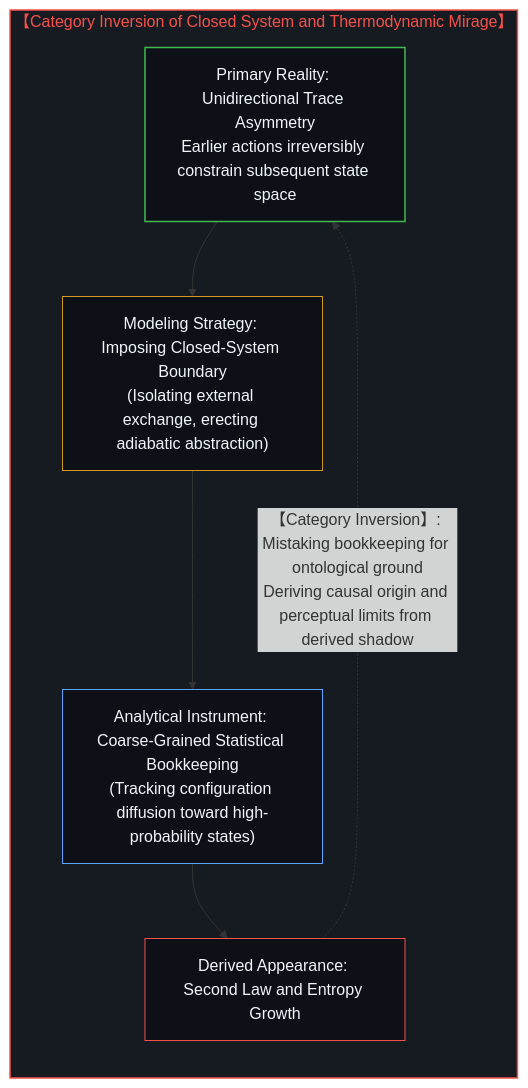
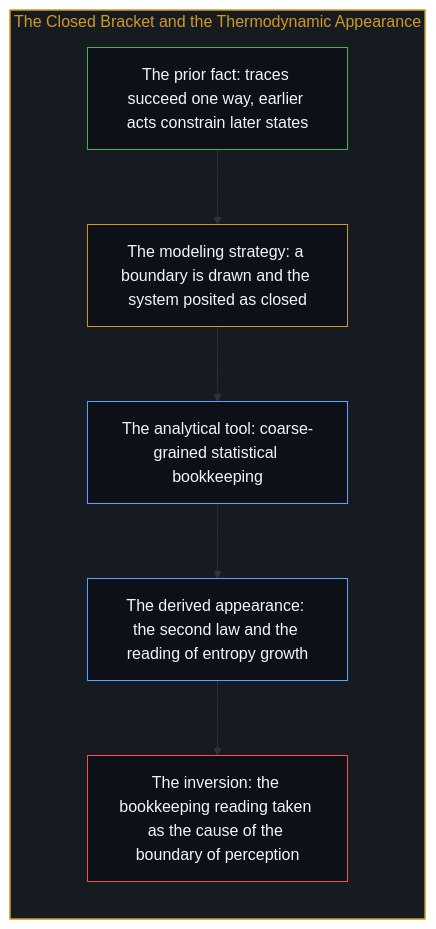
Before and after one commit to powerpig99/not-a-toe: the sixth of 8 diagrams in content/posts/the-boundary-of-perception-and-the-infinity-of-understanding.md, drawn with Mermaid. The commit also changed other lines of this file and 2 other files, not shown here.

Commit message:
Refine the-boundary-of-perception-and-the-infinity-of-understanding: every paragraph in both languages, four paired diagrams, the boundary as the trace of pointing, implicit first person

````diff
--- a/content/posts/the-boundary-of-perception-and-the-infinity-of-understanding.md
+++ b/content/posts/the-boundary-of-perception-and-the-infinity-of-understanding.md
@@ -130,16 +180,22 @@
 ```mermaid
-graph TD
-    subgraph S_ThermoDemystified_EN ["【Category Inversion of Closed System and Thermodynamic Mirage】"]
+flowchart TD
+    subgraph S_Thermo["The Closed Bracket and the Thermodynamic Appearance"]
         direction TB
-        TE1["Primary Reality: Unidirectional Trace Asymmetry<br/>Earlier actions irreversibly constrain subsequent state space"] --> TE2["Modeling Strategy: Imposing Closed-System Boundary<br/>(Isolating external exchange, erecting adiabatic abstraction)"]
-        TE2 --> TE3["Analytical Instrument: Coarse-Grained Statistical Bookkeeping<br/>(Tracking configuration diffusion toward high-probability states)"]
-        TE3 --> TE4["Derived Appearance: Second Law and Entropy Growth"]
-        TE4 -. "【Category Inversion】: Mistaking bookkeeping for ontological ground<br/>Deriving causal origin and perceptual limits from derived shadow" .-> TE1
+        Prior["The prior fact: traces succeed one way, earlier acts constrain later states"]
+        Closed["The modeling strategy: a boundary is drawn and the system posited as closed"]
+        Coarse["The analytical tool: coarse-grained statistical bookkeeping"]
+        Second["The derived appearance: the second law and the reading of entropy growth"]
+        Invert["The inversion: the bookkeeping reading taken as the cause of the boundary of perception"]
+        Prior --> Closed
+        Closed --> Coarse
+        Coarse --> Second
+        Second --> Invert
     end
 
-    style S_ThermoDemystified_EN fill:#161b22,stroke:#f85149,stroke-width:1.5px,color:#f85149
-    style TE1 fill:#0d1117,stroke:#3fb950,stroke-width:1.5px,color:#f0f6fc
-    style TE2 fill:#0d1117,stroke:#d29922,stroke-width:1px,color:#f0f6fc
-    style TE3 fill:#0d1117,stroke:#58a6ff,stroke-width:1px,color:#f0f6fc
-    style TE4 fill:#0d1117,stroke:#f85149,stroke-width:1px,color:#f0f6fc
+    style S_Thermo fill:#161b22,stroke:#d29922,stroke-width:1.5px,color:#d29922
+    style Prior fill:#0d1117,stroke:#3fb950,stroke-width:1px,color:#f0f6fc
+    style Closed fill:#0d1117,stroke:#d29922,stroke-width:1px,color:#f0f6fc
+    style Coarse fill:#0d1117,stroke:#58a6ff,stroke-width:1px,color:#f0f6fc
+    style Second fill:#0d1117,stroke:#58a6ff,stroke-width:1px,color:#f0f6fc
+    style Invert fill:#0d1117,stroke:#f85149,stroke-width:1px,color:#f0f6fc
 ```
````
